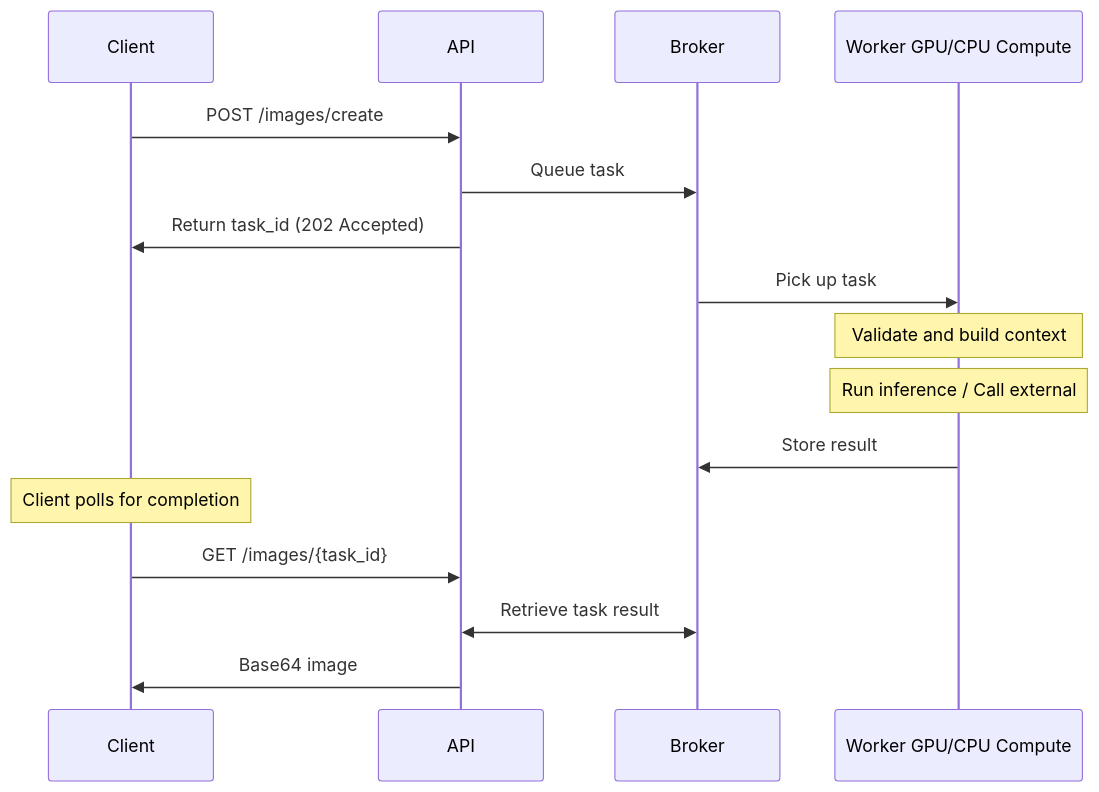
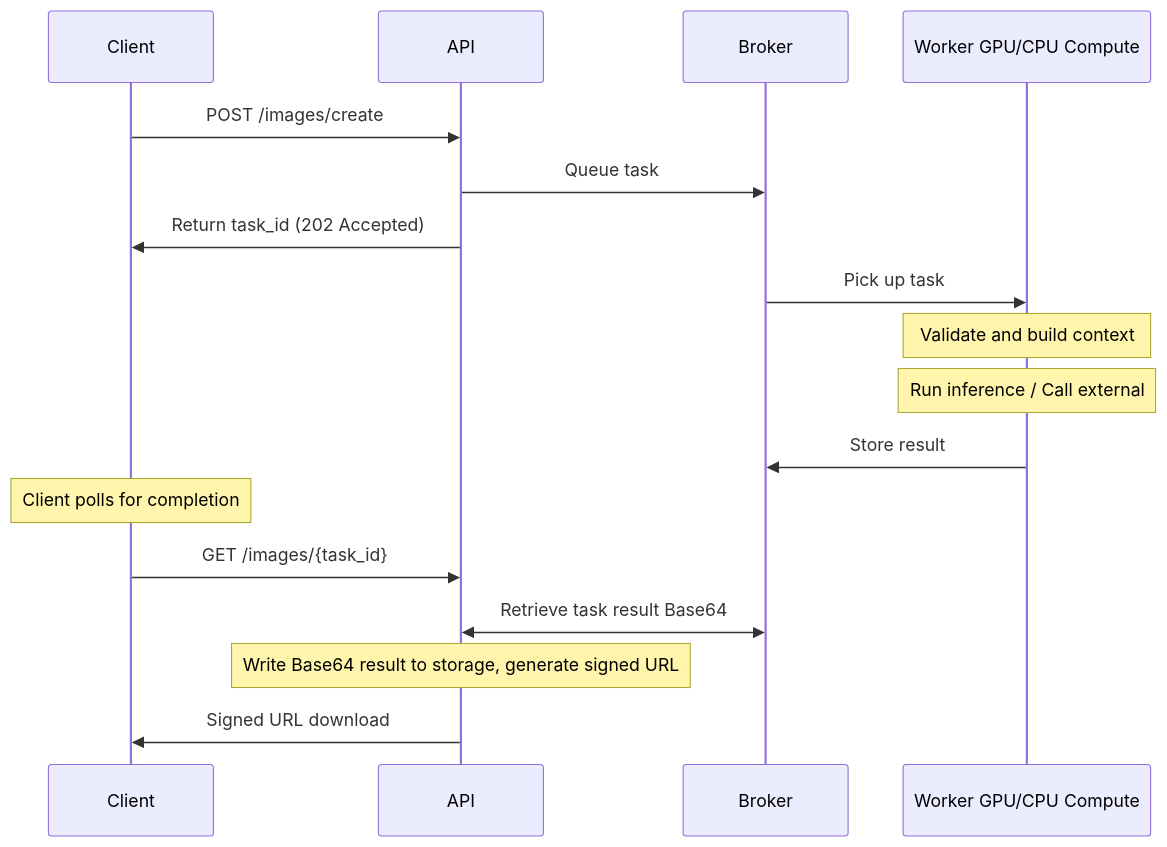
The first of 2 diagrams in README.md (JoeGaffney/deferred-diffusion), drawn with Mermaid before and after one commit. The commit also changed other lines of this file, not shown here.

Commit message:
chore: updated readme to reflect the new signed URL response

````diff
--- a/README.md
+++ b/README.md
@@ -30,20 +30,21 @@
 ```mermaid
 sequenceDiagram
     participant Client
     participant API
     participant Broker
     participant Worker as Worker GPU/CPU Compute
 
     Client->>API: POST /images/create
     API->>Broker: Queue task
     API->>Client: Return task_id (202 Accepted)
     Broker->>Worker: Pick up task
     Note over Worker: Validate and build context
     Note over Worker: Run inference / Call external
     Worker->>Broker: Store result
 
     Note over Client: Client polls for completion
     Client->>API: GET /images/{task_id}
-    API<<->>Broker: Retrieve task result
-    API->>Client: Base64 image
+    API<<->>Broker: Retrieve task result Base64
+    Note over API: Write Base64 result to storage, generate signed URL
+    API->>Client: Signed URL download
 ```
````
